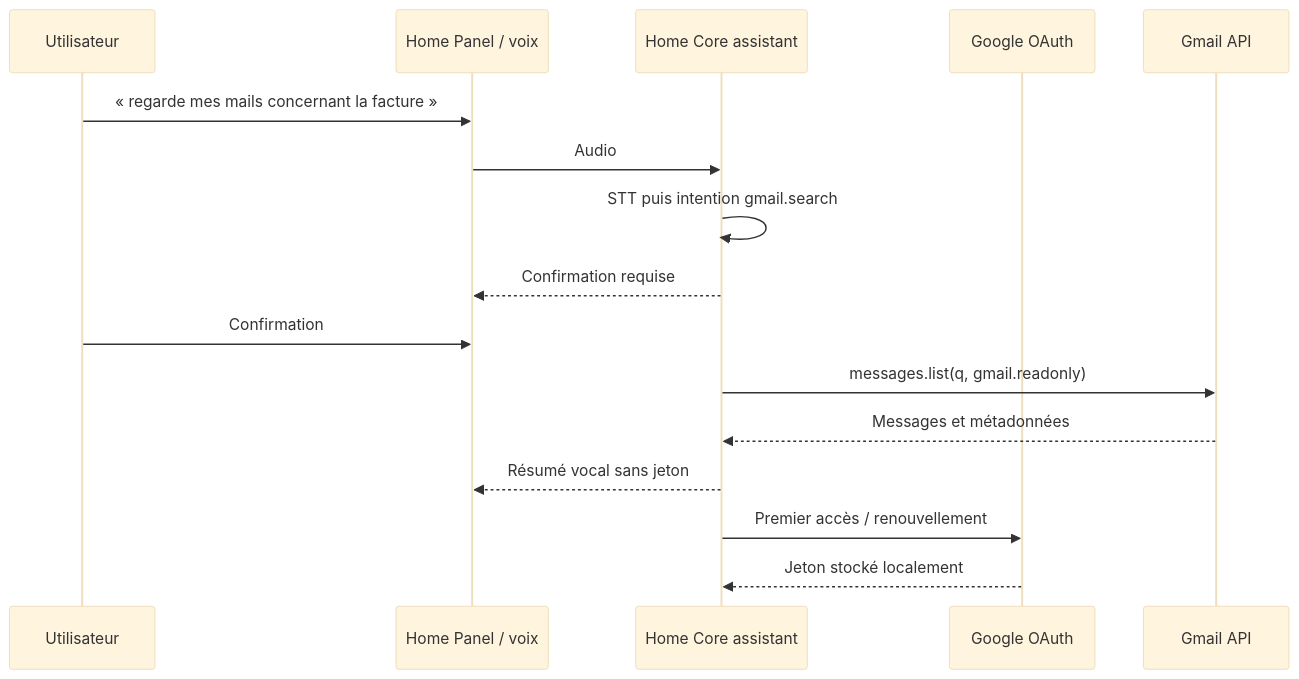
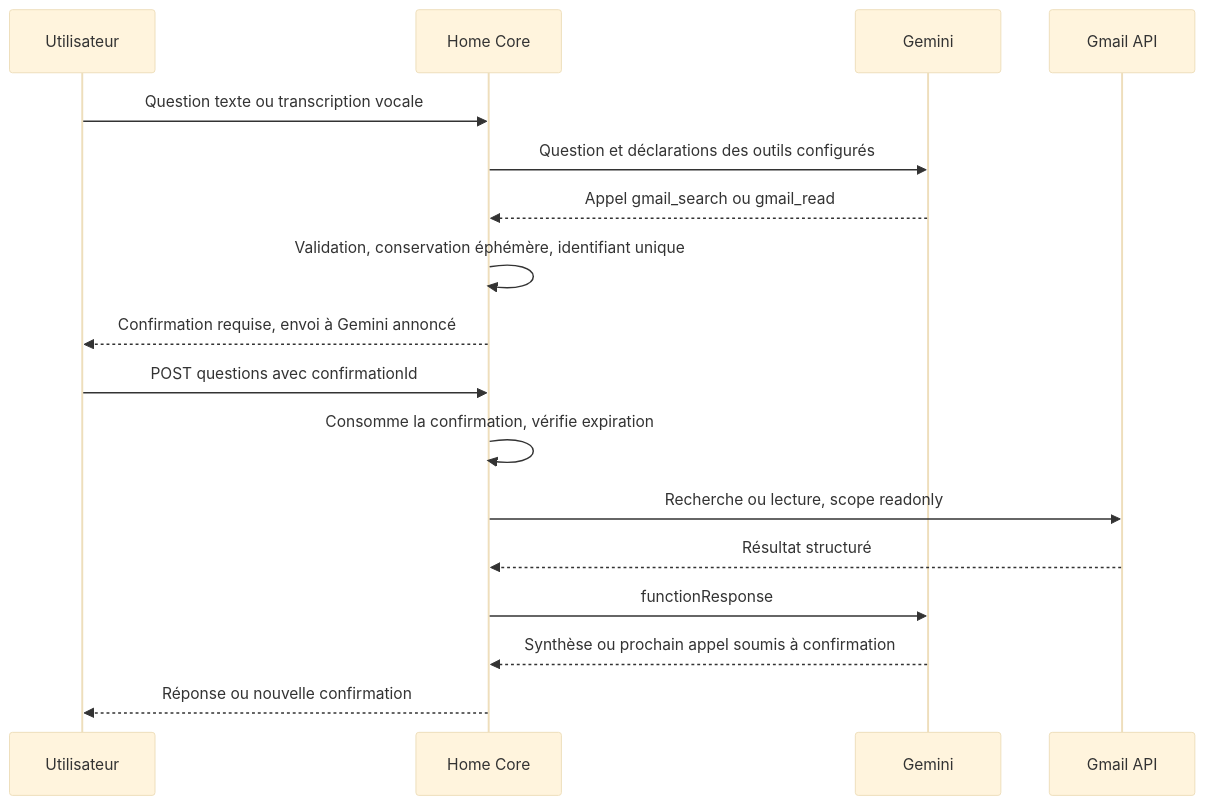
Before and after one commit to clementortiz134595/HOME-AI: the diagram in poles/technique/home-core/diagrammes/sequence-gmail-voice.mmd, drawn with Mermaid (base theme). The commit also changed 15 other files, not shown here.

Commit message:
feat(assistant): route Gmail tools through Gemini with confirmation

```diff
--- a/poles/technique/home-core/diagrammes/sequence-gmail-voice.mmd
+++ b/poles/technique/home-core/diagrammes/sequence-gmail-voice.mmd
@@ -1,16 +1,17 @@
 sequenceDiagram
     participant U as Utilisateur
-    participant P as Home Panel / voix
-    participant C as Home Core assistant
-    participant O as Google OAuth
+    participant C as Home Core
+    participant AI as Gemini
     participant G as Gmail API
-    U->>P: « regarde mes mails concernant la facture »
-    P->>C: Audio
-    C->>C: STT puis intention gmail.search
-    C-->>P: Confirmation requise
-    U->>P: Confirmation
-    C->>G: messages.list(q, gmail.readonly)
-    G-->>C: Messages et métadonnées
-    C-->>P: Résumé vocal sans jeton
-    C->>O: Premier accès / renouvellement
-    O-->>C: Jeton stocké localement
+    U->>C: Question texte ou transcription vocale
+    C->>AI: Question et déclarations des outils configurés
+    AI-->>C: Appel gmail_search ou gmail_read
+    C->>C: Validation, conservation éphémère, identifiant unique
+    C-->>U: Confirmation requise, envoi à Gemini annoncé
+    U->>C: POST questions avec confirmationId
+    C->>C: Consomme la confirmation, vérifie expiration
+    C->>G: Recherche ou lecture, scope readonly
+    G-->>C: Résultat structuré
+    C->>AI: functionResponse
+    AI-->>C: Synthèse ou prochain appel soumis à confirmation
+    C-->>U: Réponse ou nouvelle confirmation
```
